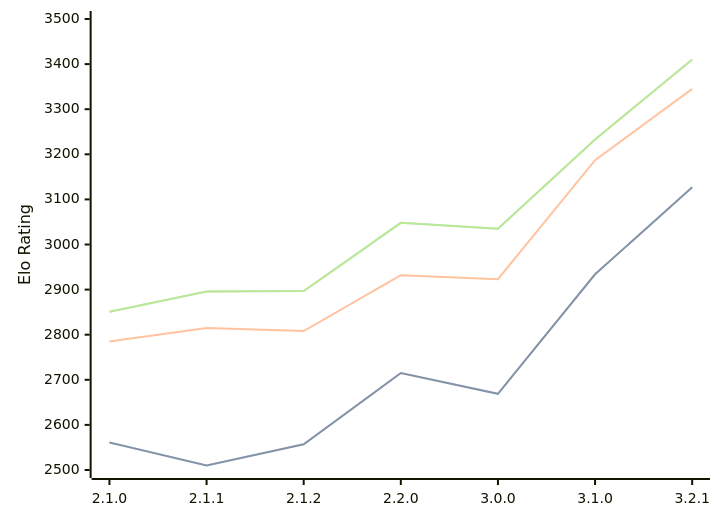
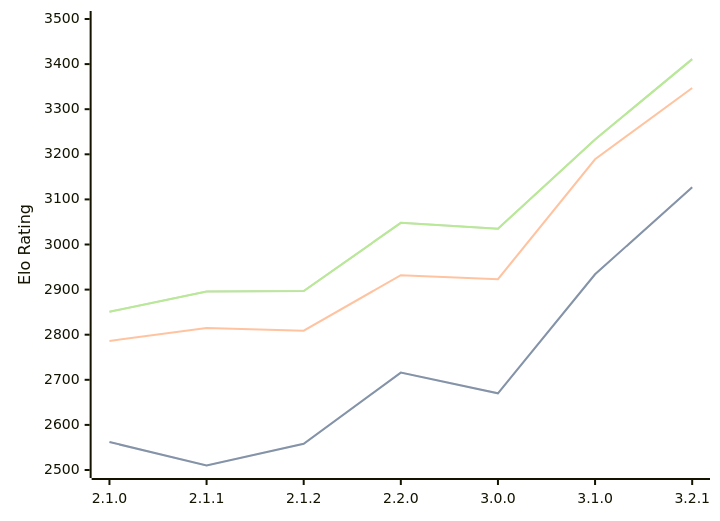
One commit to computer-chess-index/cci changed the diagram in engines/Prune.md. Above: the diagram before and after it, drawn with Mermaid. The commit also changed other lines of this file, not shown here.

Commit message:
Update CCI Ratings (ELO VLTC) - 2026-04-03

````diff
--- a/engines/Prune.md
+++ b/engines/Prune.md
@@ -42,11 +42,11 @@
 ```mermaid
 %%{init: {"theme":"base","themeVariables":{"seriesColors:['#a3a3a3','#222221','#faa371']}}}%%
 xychart-beta
   x-axis ["2.1.0", "2.1.1", "2.1.2", "2.2.0", "3.0.0", "3.1.0", "3.2.1"]
   y-axis "Elo Rating" 2500 --> 3500
-  line "STC (8.0+0.08s)" [2561, 2510, 2557, 2715, 2669, 2934, 3127]
-  line "STC (8.0+0.08s)" [2561, 2510, 2557, 2715, 2669, 2934, 3127]
-  line "LTC (60.0+0.60s)" [2785, 2815, 2808, 2932, 2923, 3187, 3345]
-  line "VLTC (2m24s+1.12s)" [2851, 2896, 2897, 3048, 3035, 3233, 3410]
-  line "VLTC (2m24s+1.12s)" [2851, 2896, 2897, 3048, 3035, 3233, 3410]
+  line "STC (8.0+0.08s)" [2562, 2510, 2558, 2716, 2670, 2934, 3127]
+  line "STC (8.0+0.08s)" [2562, 2510, 2558, 2716, 2670, 2934, 3127]
+  line "LTC (60.0+0.60s)" [2786, 2815, 2809, 2932, 2923, 3189, 3347]
+  line "VLTC (2m24s+1.12s)" [2851, 2896, 2897, 3048, 3035, 3233, 3411]
+  line "VLTC (2m24s+1.12s)" [2851, 2896, 2897, 3048, 3035, 3233, 3411]
 ```
````
